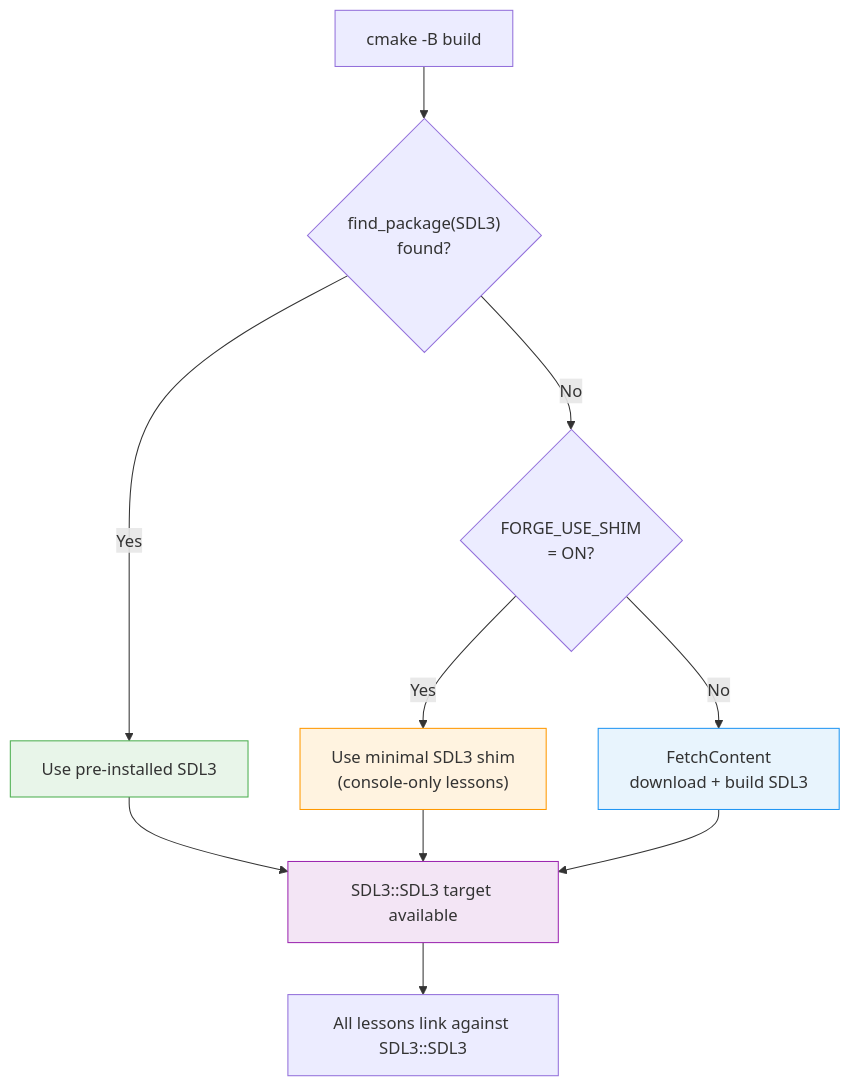
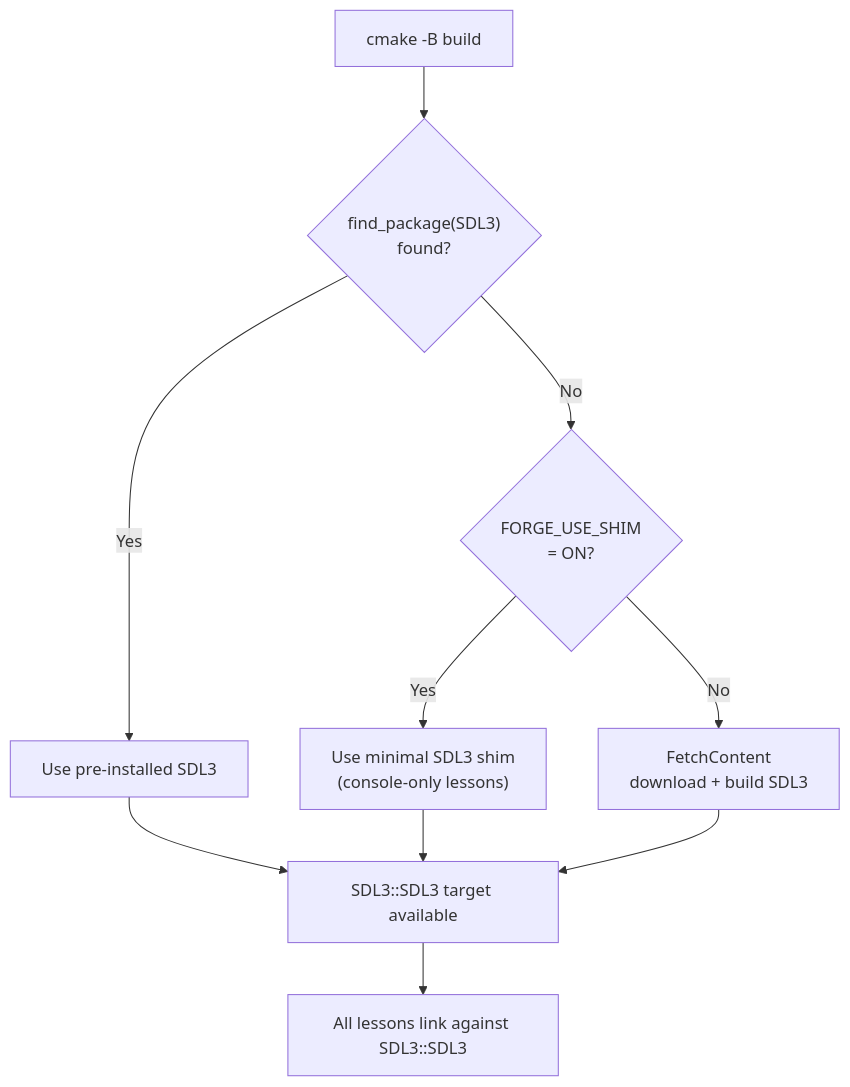
The second of 5 diagrams in lessons/engine/03-fetchcontent-dependencies/README.md (RosyGameStudio/forge-gpu), drawn with Mermaid before and after one commit. The commit also changed other lines of this file, not shown here.

First line of the commit message:
Remove custom mermaid styles for dark mode compatibility

````diff
--- a/lessons/engine/03-fetchcontent-dependencies/README.md
+++ b/lessons/engine/03-fetchcontent-dependencies/README.md
@@ -278,19 +273,14 @@
 ```mermaid
 flowchart TD
     Start["cmake -B build"] --> FP{"find_package(SDL3)\nfound?"}
     FP -->|Yes| Pre["Use pre-installed SDL3"]
     FP -->|No| Shim{"FORGE_USE_SHIM\n= ON?"}
     Shim -->|Yes| ShimLib["Use minimal SDL3 shim\n(console-only lessons)"]
     Shim -->|No| FC["FetchContent\ndownload + build SDL3"]
 
     Pre --> Target["SDL3::SDL3 target available"]
     ShimLib --> Target
     FC --> Target
 
     Target --> Lessons["All lessons link against SDL3::SDL3"]
-
-    style Pre fill:#e8f5e9,stroke:#4CAF50,color:#333
-    style ShimLib fill:#fff3e0,stroke:#FF9800,color:#333
-    style FC fill:#e8f4fd,stroke:#2196F3,color:#333
-    style Target fill:#f3e5f5,stroke:#9C27B0,color:#333
 ```
````
